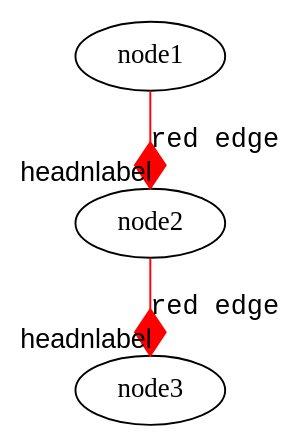
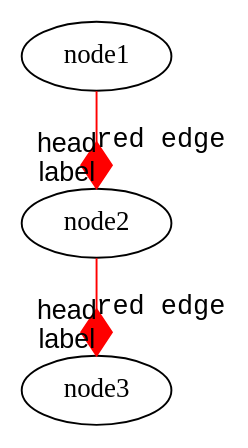
Before and after one commit to jingtaozf/s-graphviz: the diagram in images/edge1.dot, drawn with Graphviz. The commit also changed 2 other files, not shown here.

```diff
--- a/images/edge1.dot
+++ b/images/edge1.dot
@@ -1,5 +1,5 @@
 // This file is generated automatically by s-dot.
 
 digraph {
-  node1 -> node2 -> node3 [arrowhead = diamond, color = "#FF0000", headlabel = "headnlabel", label = "red edge", labelfontname = "Arial", fontname = "courier", arrowsize = 2];
+  node1 -> node2 -> node3 [arrowhead = diamond, color = "#FF0000", headlabel = "head\nlabel", label = "red edge", labelfontname = "Arial", fontname = "courier", arrowsize = 2];
 }
```
